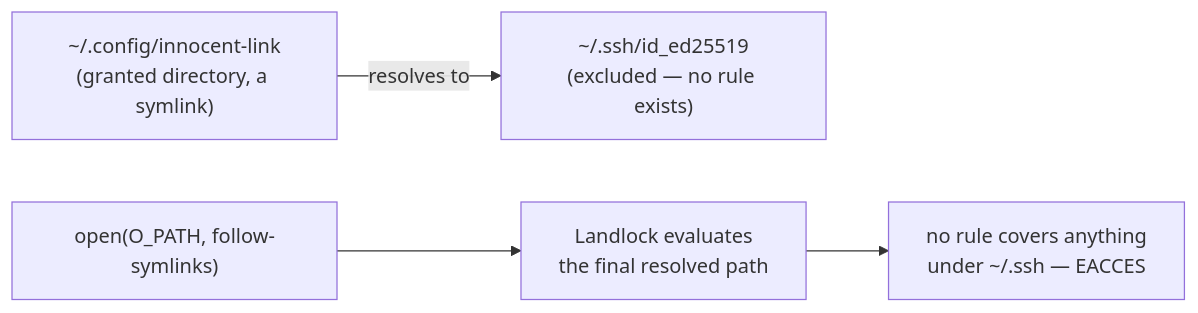
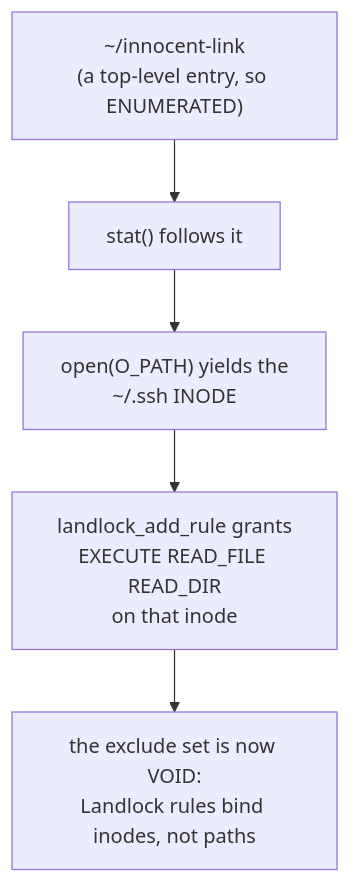
Before and after one commit to tom2025b/git-vista: the fourth of 6 diagrams in docs/adr/0027-landlock-enumerate-and-skip.md, drawn with Mermaid. The commit also changed other lines of this file and 1 other file, not shown here.

````diff
--- a/docs/adr/0027-landlock-enumerate-and-skip.md
+++ b/docs/adr/0027-landlock-enumerate-and-skip.md
@@ -134,6 +145,7 @@
 ```mermaid
-flowchart LR
-  L["~/.config/innocent-link<br/>(granted directory, a symlink)"] -->|resolves to| T["~/.ssh/id_ed25519<br/>(excluded — no rule exists)"]
-  Op["open(O_PATH, follow-symlinks)"] --> R["Landlock evaluates<br/>the final resolved path"]
-  R --> D["no rule covers anything<br/>under ~/.ssh — EACCES"]
+flowchart TD
+  E["~/innocent-link<br/>(a top-level entry, so ENUMERATED)"] --> S["stat() follows it"]
+  S --> I["open(O_PATH) yields the<br/>~/.ssh INODE"]
+  I --> G["landlock_add_rule grants<br/>EXECUTE READ_FILE READ_DIR<br/>on that inode"]
+  G --> V["the exclude set is now VOID:<br/>Landlock rules bind inodes, not paths"]
 ```
````
